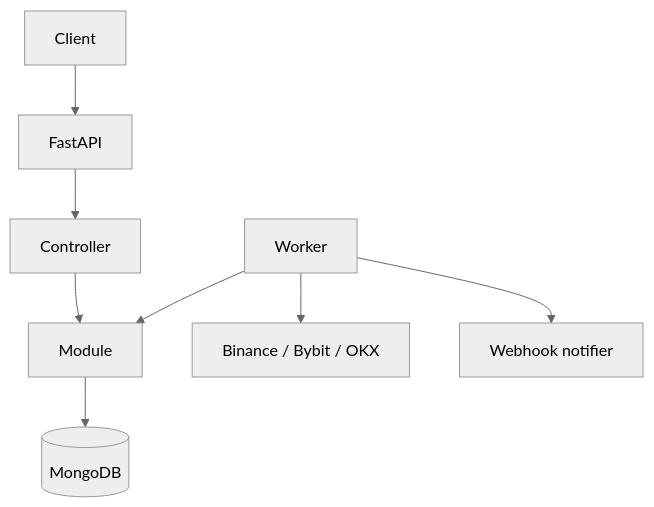
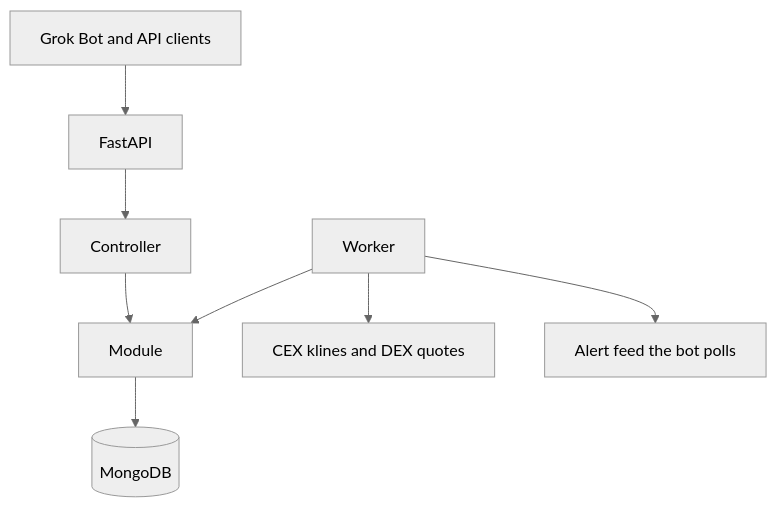
Before and after one commit to migueltrevinom/crypto-signals-with-grok-bot: the diagram in README.md, drawn with Mermaid (neutral theme). The commit also changed other lines of this file and 132 other files, not shown here.

````diff
--- a/README.md
+++ b/README.md
@@ -11,10 +11,10 @@
 ```mermaid
 flowchart TD
-  client[Client] --> api[FastAPI]
+  client[Grok Bot and API clients] --> api[FastAPI]
   api --> ctrl[Controller]
   ctrl --> mod[Module]
   mod --> mongo[(MongoDB)]
   worker[Worker] --> mod
-  worker --> exchanges[Binance / Bybit / OKX]
-  worker --> alerts[Webhook notifier]
+  worker --> venues[CEX klines and DEX quotes]
+  worker --> feed[Alert feed the bot polls]
 ```
````
